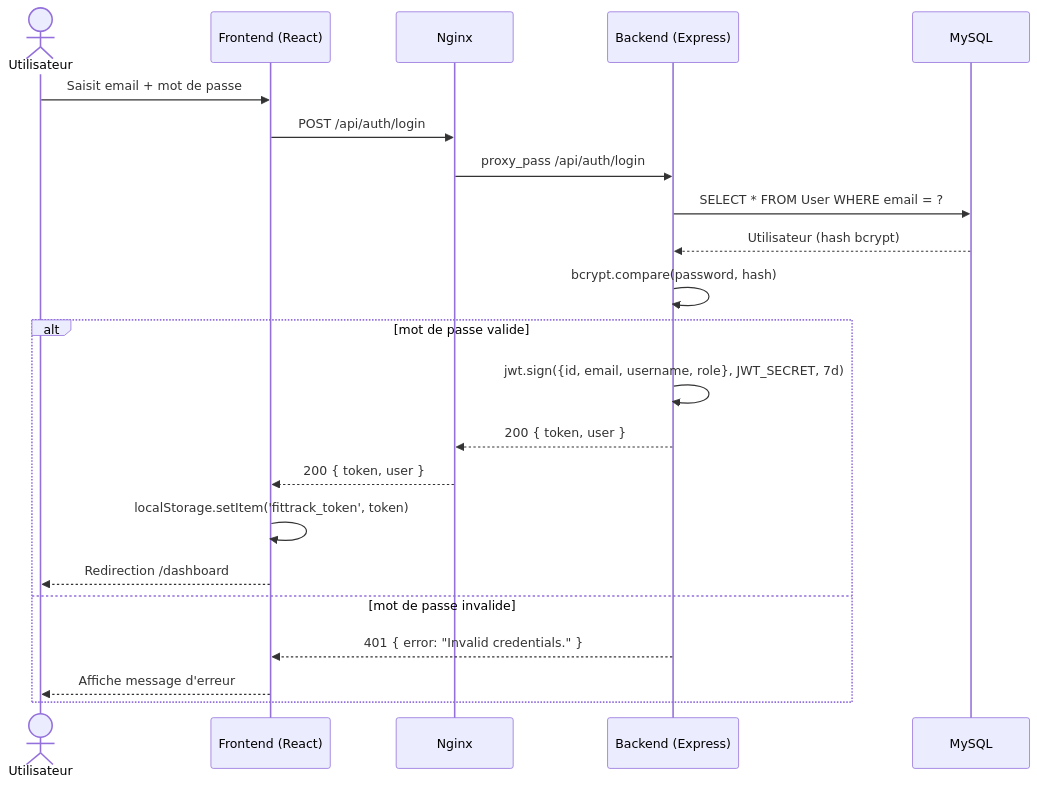
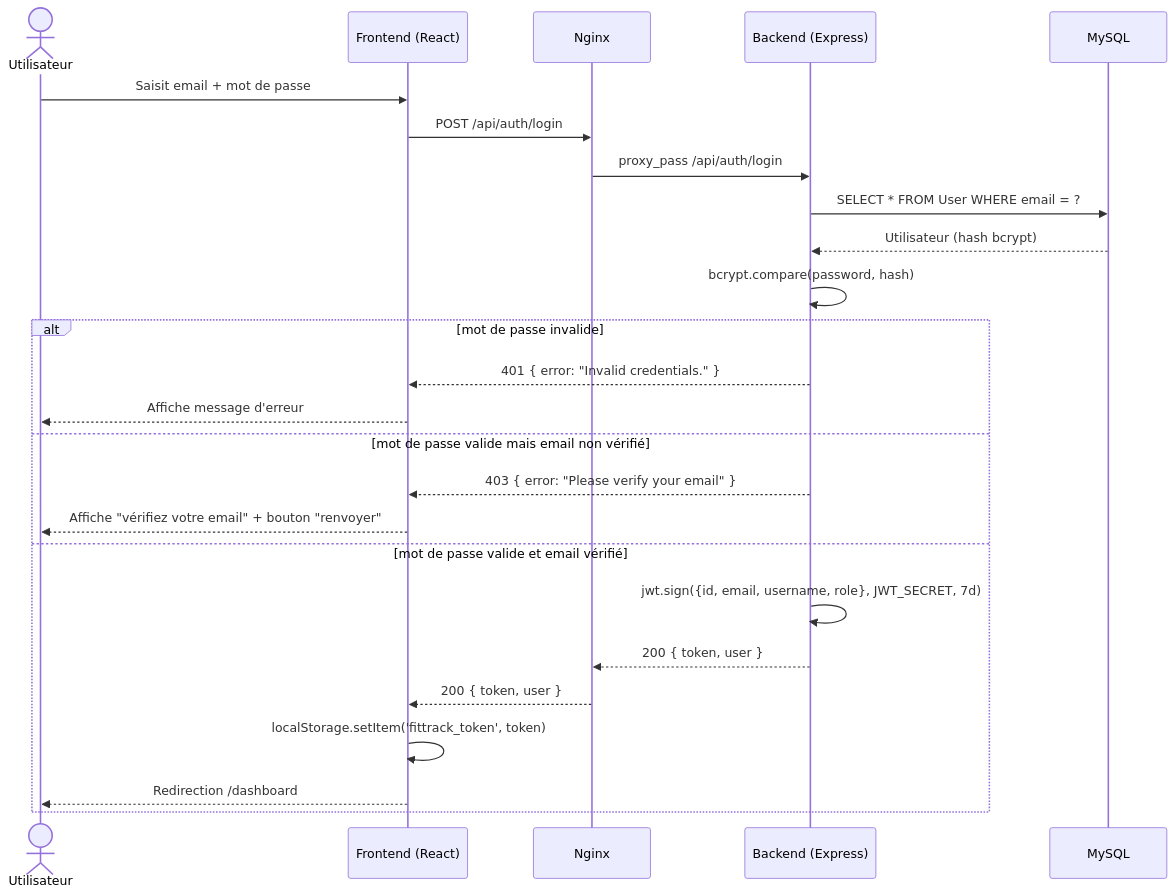
The second of 3 diagrams in docs/uml-sequence-login-jwt.md (lea-santosfranco/FitTrack), drawn with Mermaid before and after one commit. The commit also changed other lines of this file and 43 other files, not shown here.

````diff
--- a/docs/uml-sequence-login-jwt.md
+++ b/docs/uml-sequence-login-jwt.md
@@ -5,25 +35,28 @@
 ```mermaid
 sequenceDiagram
   actor U as Utilisateur
   participant F as Frontend (React)
   participant N as Nginx
   participant B as Backend (Express)
   participant DB as MySQL
 
   U->>F: Saisit email + mot de passe
   F->>N: POST /api/auth/login
   N->>B: proxy_pass /api/auth/login
   B->>DB: SELECT * FROM User WHERE email = ?
   DB-->>B: Utilisateur (hash bcrypt)
   B->>B: bcrypt.compare(password, hash)
-  alt mot de passe valide
+  alt mot de passe invalide
+    B-->>F: 401 { error: "Invalid credentials." }
+    F-->>U: Affiche message d'erreur
+  else mot de passe valide mais email non vérifié
+    B-->>F: 403 { error: "Please verify your email" }
+    F-->>U: Affiche "vérifiez votre email" + bouton "renvoyer"
+  else mot de passe valide et email vérifié
     B->>B: jwt.sign({id, email, username, role}, JWT_SECRET, 7d)
     B-->>N: 200 { token, user }
     N-->>F: 200 { token, user }
     F->>F: localStorage.setItem('fittrack_token', token)
     F-->>U: Redirection /dashboard
-  else mot de passe invalide
-    B-->>F: 401 { error: "Invalid credentials." }
-    F-->>U: Affiche message d'erreur
   end
 ```
````
